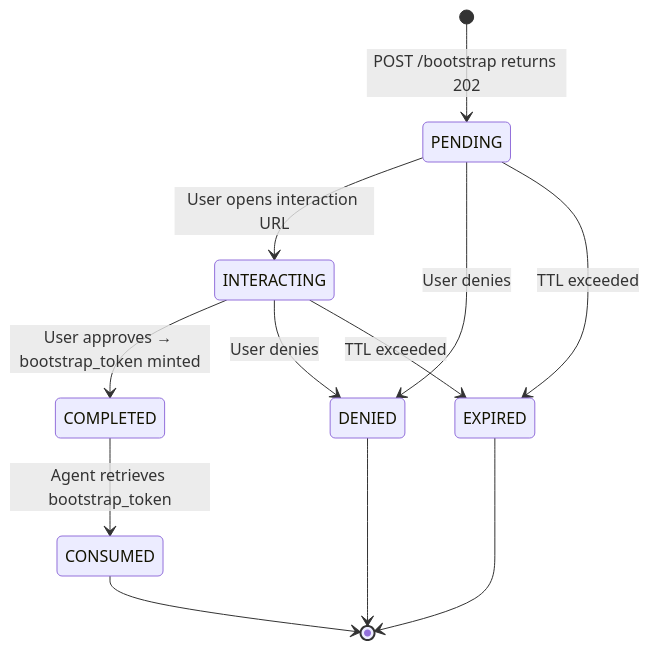
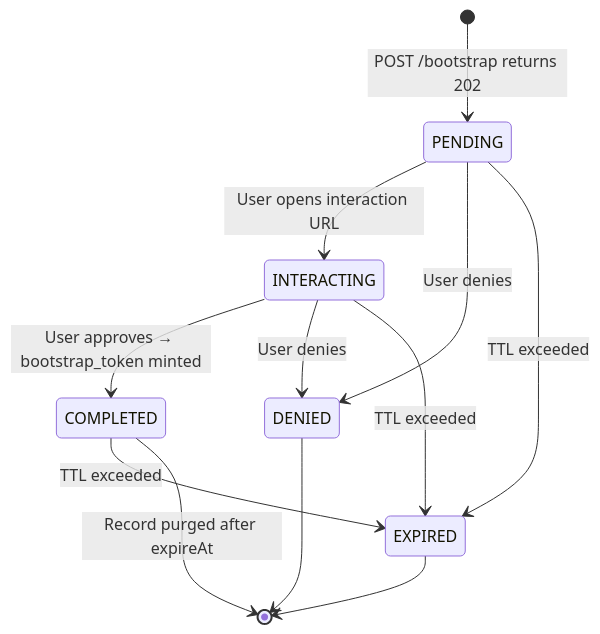
The second of 2 diagrams in gravitee-am-gateway/gravitee-am-gateway-handler/gravitee-am-gateway-handler-aauth/plans/aauth-implementation/11-bootstrap.md (gravitee-io/gravitee-access-management), drawn with Mermaid before and after one commit. The commit also changed other lines of this file and 56 other files, not shown here.

````diff
--- a/gravitee-am-gateway/gravitee-am-gateway-handler/gravitee-am-gateway-handler-aauth/plans/aauth-implementation/11-bootstrap.md
+++ b/gravitee-am-gateway/gravitee-am-gateway-handler/gravitee-am-gateway-handler-aauth/plans/aauth-implementation/11-bootstrap.md
@@ -103,14 +107,14 @@
 ```mermaid
 stateDiagram-v2
     [*] --> PENDING: POST /bootstrap returns 202
     PENDING --> INTERACTING: User opens interaction URL
     INTERACTING --> COMPLETED: User approves → bootstrap_token minted
     PENDING --> DENIED: User denies
     PENDING --> EXPIRED: TTL exceeded
     INTERACTING --> DENIED: User denies
     INTERACTING --> EXPIRED: TTL exceeded
-    COMPLETED --> CONSUMED: Agent retrieves bootstrap_token
-    CONSUMED --> [*]
+    COMPLETED --> EXPIRED: TTL exceeded
+    COMPLETED --> [*]: Record purged after expireAt
     DENIED --> [*]
     EXPIRED --> [*]
 ```
````
